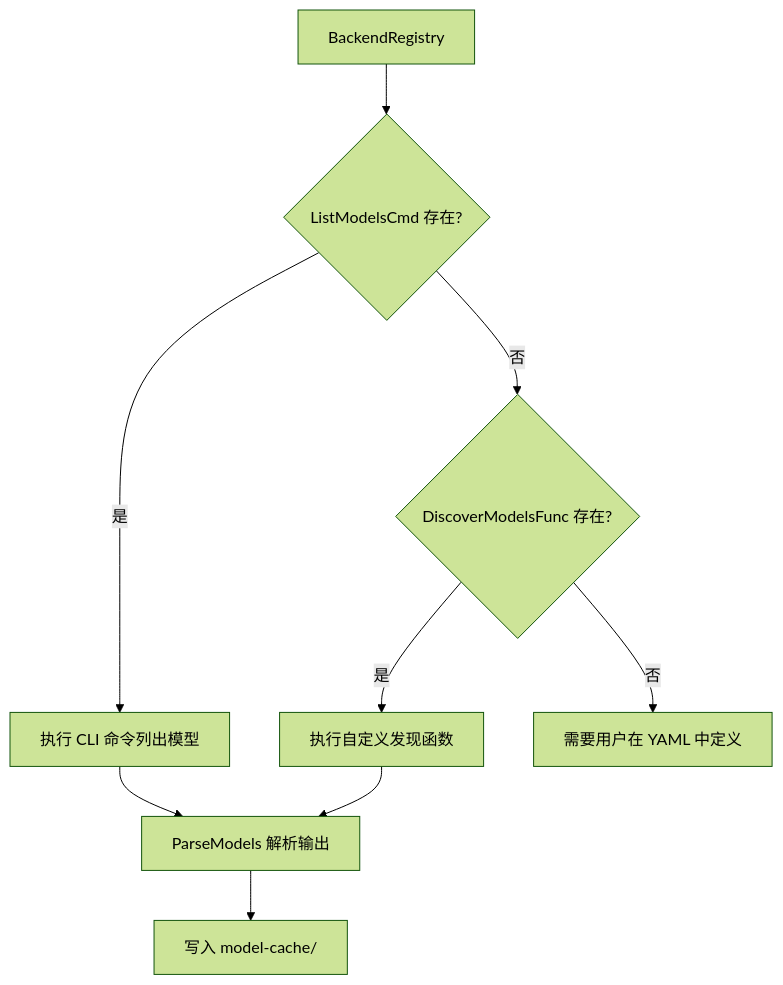
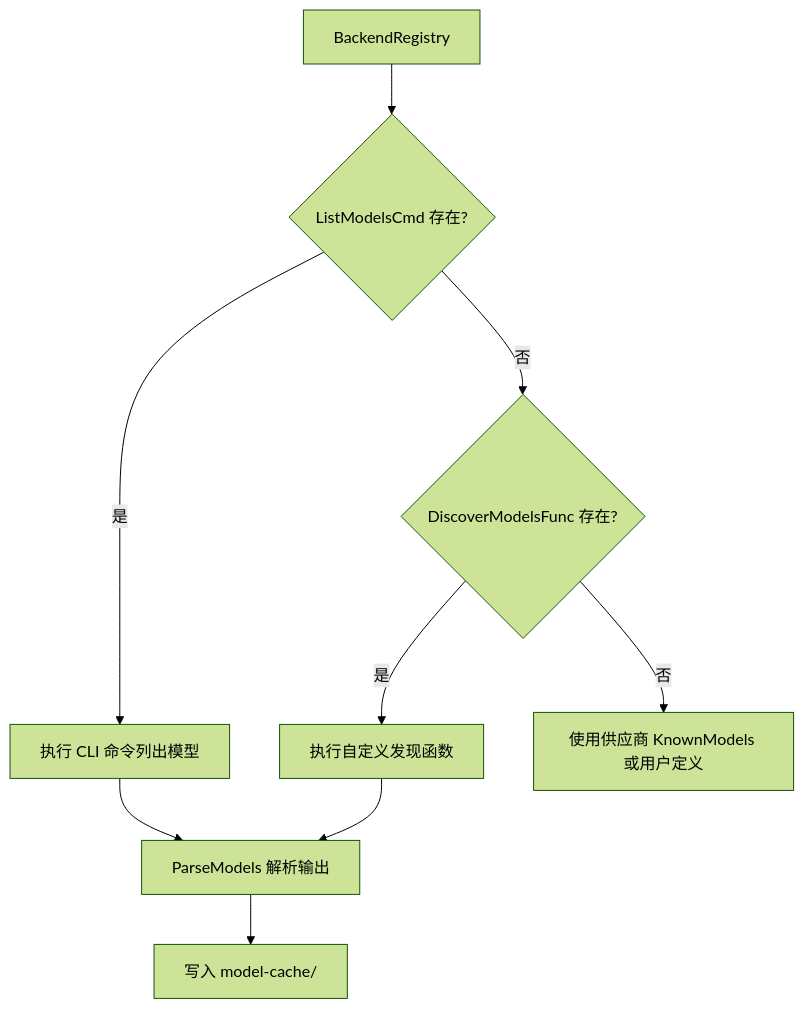
The second of 2 diagrams in docs/spec/infra/config-and-discovery.md (xiaoapeng/clawbench), drawn with Mermaid (forest theme) before and after one commit. The commit also changed other lines of this file and 10 other files, not shown here.

````diff
--- a/docs/spec/infra/config-and-discovery.md
+++ b/docs/spec/infra/config-and-discovery.md
@@ -25,12 +25,12 @@
 ```mermaid
 flowchart TD
     A[BackendRegistry] --> B{ListModelsCmd 存在?}
     B -->|是| C[执行 CLI 命令列出模型]
     B -->|否| D{DiscoverModelsFunc 存在?}
     D -->|是| E[执行自定义发现函数]
-    D -->|否| F[需要用户在 YAML 中定义]
+    D -->|否| F[使用供应商 KnownModels 或用户定义]
 
     C --> G[ParseModels 解析输出]
     E --> G
     G --> H[写入 model-cache/]
 ```
````
